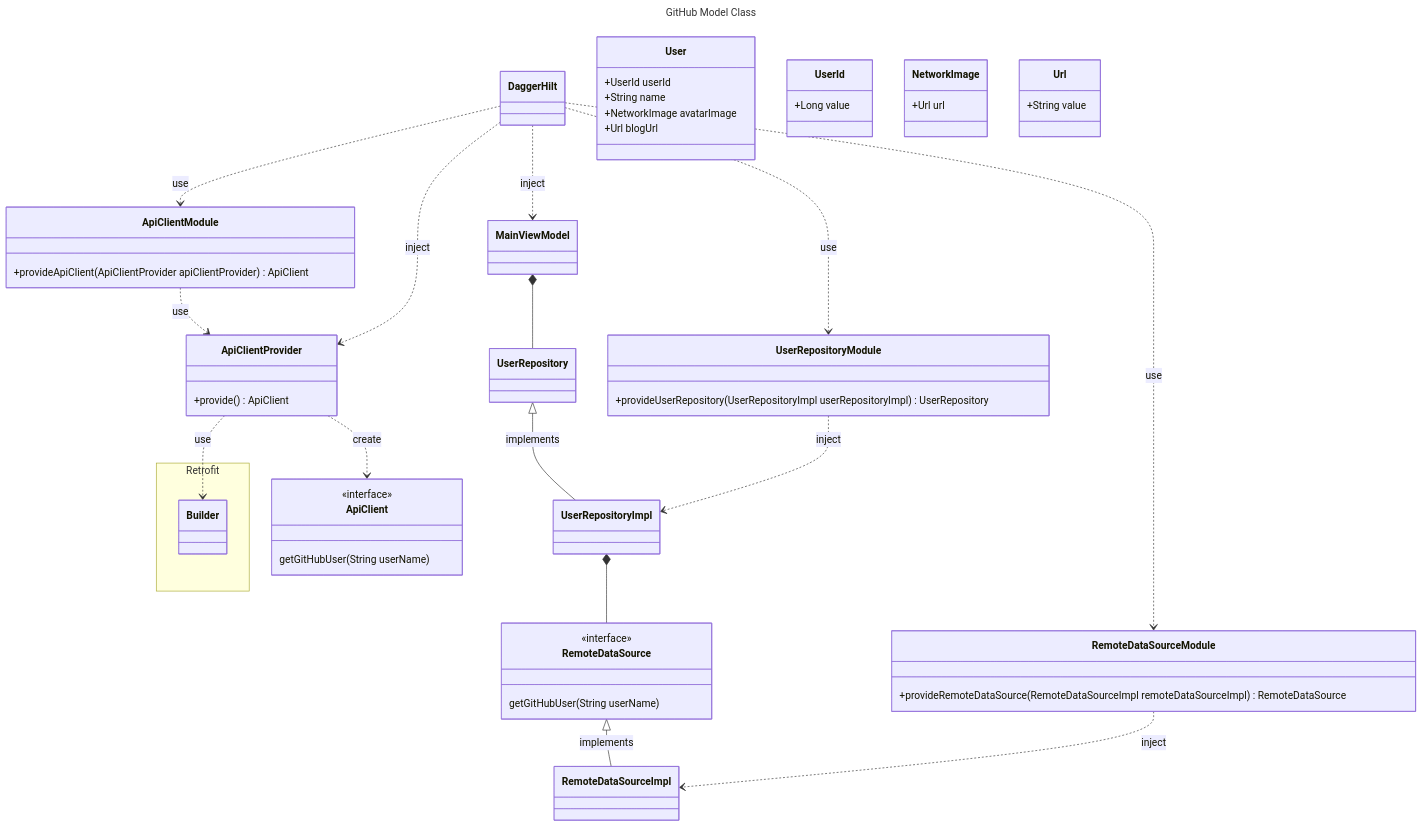
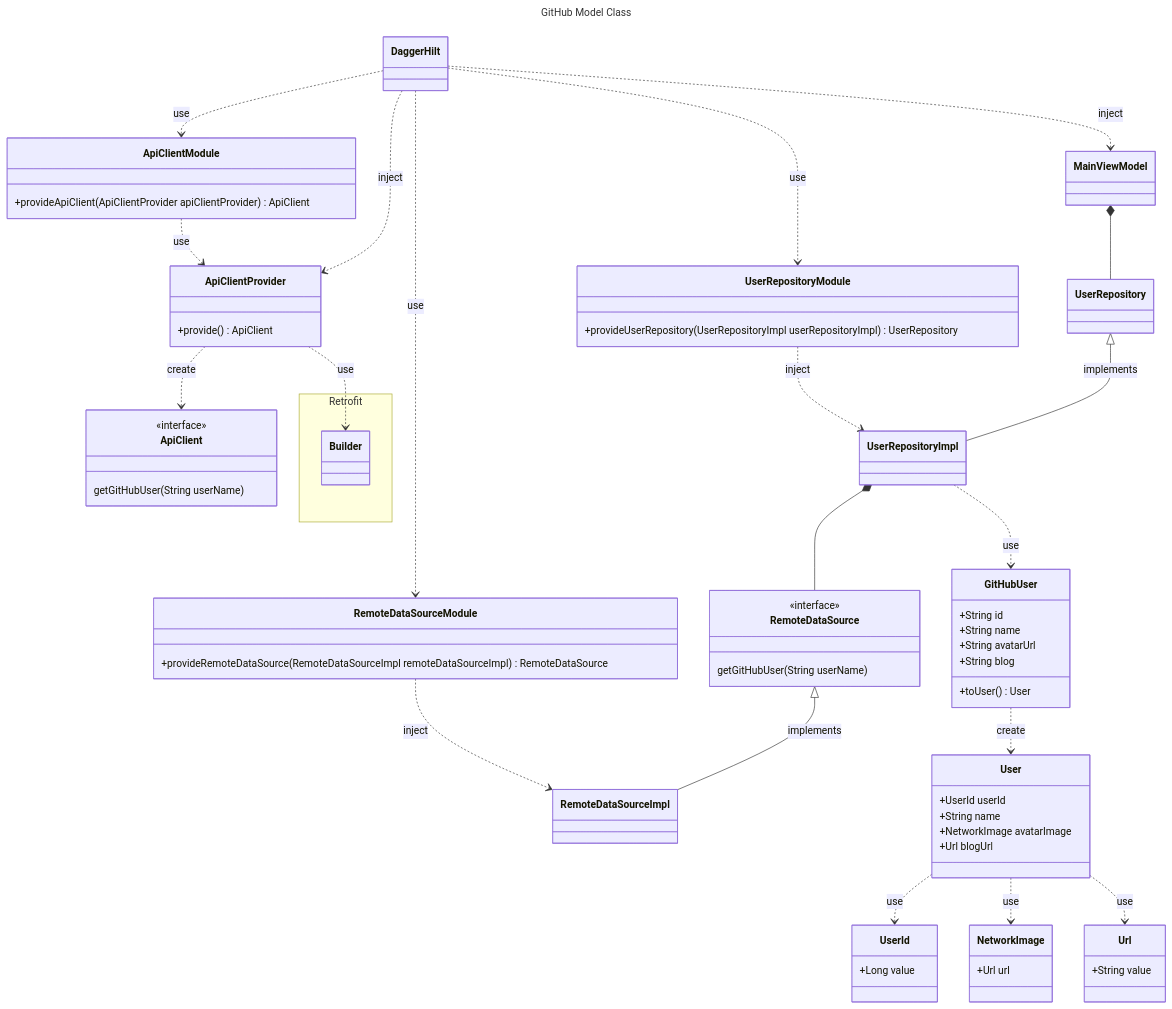
One commit to argama147/Android-Try changed the diagram in GitHubApp/classDiagram.md. Above: the diagram before and after it, drawn with Mermaid.

```diff
--- a/GitHubApp/classDiagram.md
+++ b/GitHubApp/classDiagram.md
@@ -18,16 +18,20 @@
     DaggerHilt ..> UserRepositoryModule : use
     UserRepositoryModule ..> UserRepositoryImpl : inject
 
+    UserRepositoryImpl ..> GitHubUser : use
+    GitHubUser ..> User : create
+    User ..> UserId : use
+    User ..> NetworkImage : use
+    User ..> Url : use
+
     DaggerHilt ..> MainViewModel : inject
 
     MainViewModel *-- UserRepository
     
     namespace Retrofit {
         class Builder {
-
         }
     }
-
 
     class ApiClientProvider {
         +provide() ApiClient
@@ -58,6 +62,13 @@
     }
 
 
+    class GitHubUser {
+        +String id
+        +String name
+        +String avatarUrl
+        +String blog
+        +toUser() User
+    }
 
     class User{
         +UserId userId
```
